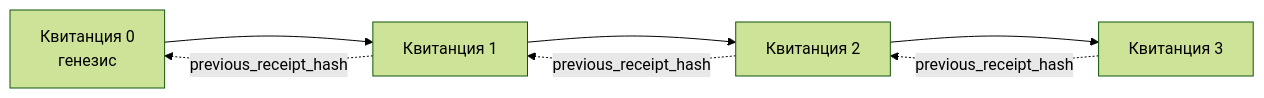
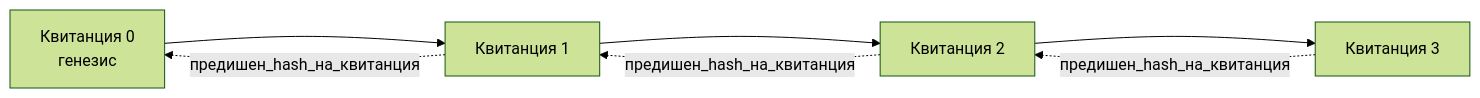
Before and after one commit to gabrielmoreira/agent-skills-mirror: the second of 2 diagrams in mirrors/repos/microsoft@ai-agents-for-beginners/translations/bg/18-securing-ai-agents/README.md, drawn with Mermaid (forest theme). The commit also changed other lines of this file and 2285 other files, not shown here.

````diff
--- a/mirrors/repos/microsoft@ai-agents-for-beginners/translations/bg/18-securing-ai-agents/README.md
+++ b/mirrors/repos/microsoft@ai-agents-for-beginners/translations/bg/18-securing-ai-agents/README.md
@@ -206,9 +206,9 @@
 ```mermaid
 flowchart LR
     R0[Квитанция 0<br/>генезис] --> R1[Квитанция 1]
     R1 --> R2[Квитанция 2]
     R2 --> R3[Квитанция 3]
-    R1 -. previous_receipt_hash .-> R0
-    R2 -. previous_receipt_hash .-> R1
-    R3 -. previous_receipt_hash .-> R2
+    R1 -. предишен_hash_на_квитанция .-> R0
+    R2 -. предишен_hash_на_квитанция .-> R1
+    R3 -. предишен_hash_на_квитанция .-> R2
 ```
````
